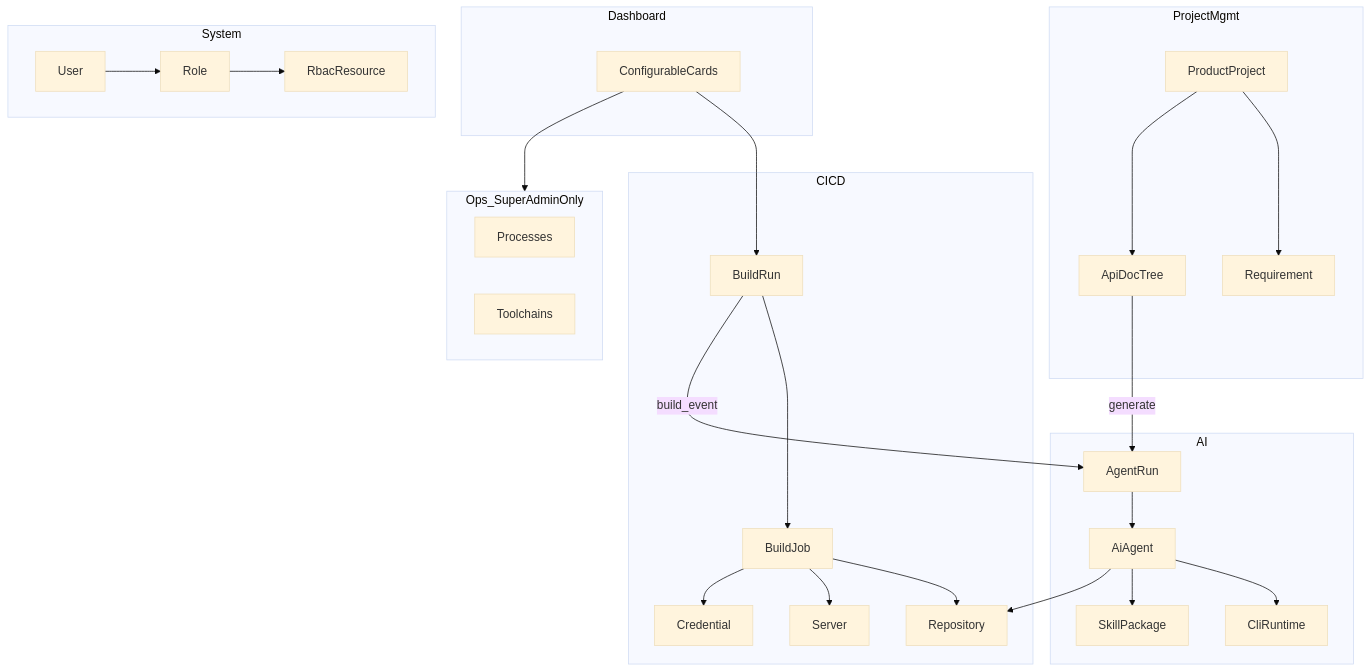
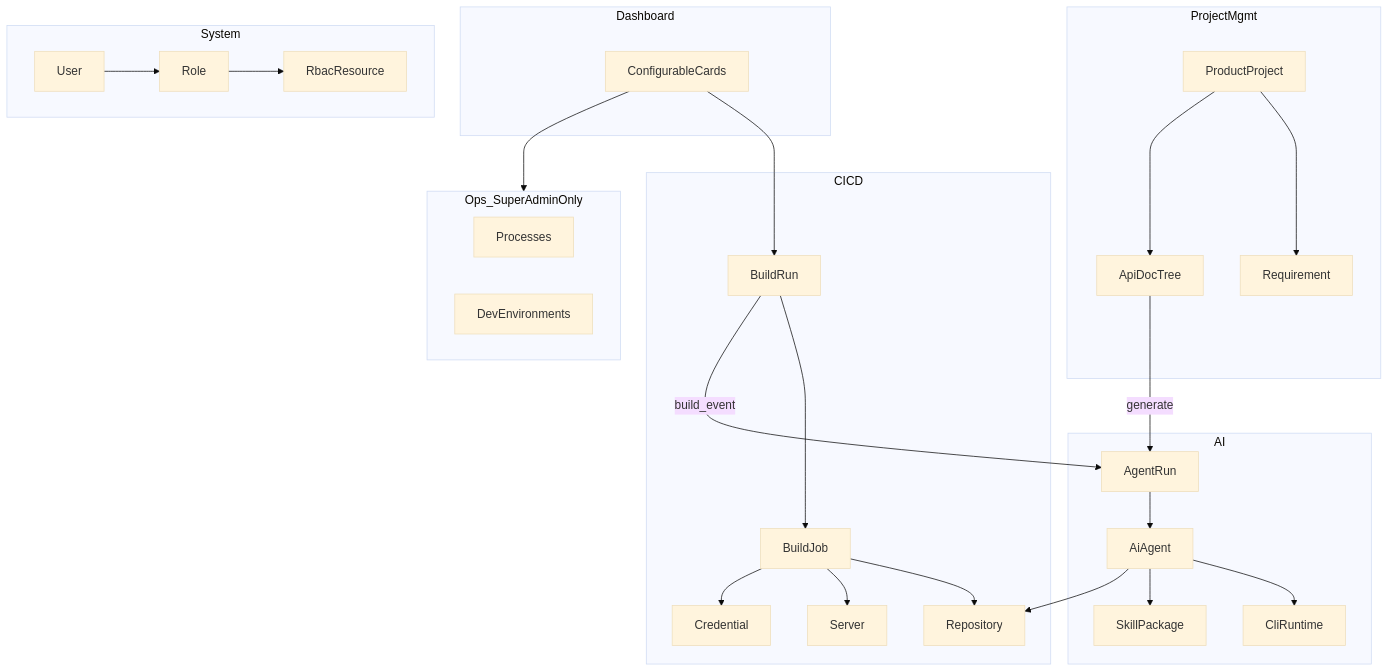
The diagram in docs/PRD.md (cabinet-fe/MiniDevOps), drawn with Mermaid (base theme) before and after one commit. The commit also changed other lines of this file and 151 other files, not shown here.

````diff
--- a/docs/PRD.md
+++ b/docs/PRD.md
@@ -657,49 +657,49 @@
 ```mermaid
 flowchart TB
   subgraph dash [Dashboard]
     Cards[ConfigurableCards]
   end
   subgraph ops [Ops_SuperAdminOnly]
     Proc[Processes]
-    Tool[Toolchains]
+    Tool[DevEnvironments]
   end
   subgraph cicd [CICD]
     Repo[Repository]
     Job[BuildJob]
     Run[BuildRun]
     Srv[Server]
     Cred[Credential]
   end
   subgraph pm [ProjectMgmt]
     Proj[ProductProject]
     Req[Requirement]
     Docs[ApiDocTree]
   end
   subgraph ai [AI]
     CLI[CliRuntime]
     Agent[AiAgent]
     ARun[AgentRun]
     Skill[SkillPackage]
   end
   subgraph sys [System]
     User[User]
     Role[Role]
     Res[RbacResource]
   end
   Cards --> Run
   Cards --> ops
   Job --> Repo
   Job --> Srv
   Job --> Cred
   Run --> Job
   Agent --> CLI
   Agent --> Skill
   Agent --> Repo
   ARun --> Agent
   Run -->|build_event| ARun
   Docs -->|generate| ARun
   Proj --> Req
   Proj --> Docs
   Role --> Res
   User --> Role
 ```
````
